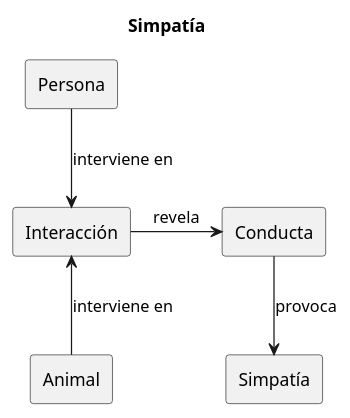
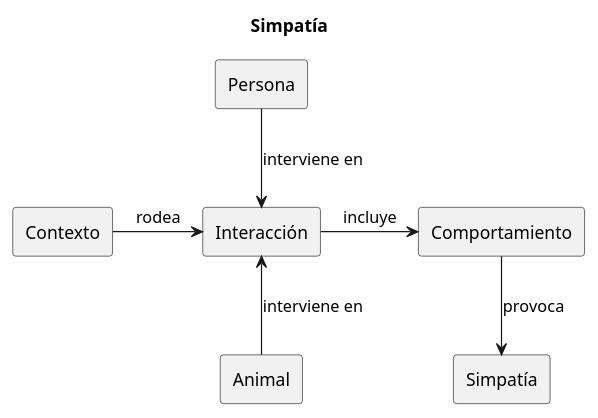
One commit to miguelgomz/26-27-idsw1 changed the diagram in entregas/gomezMiguel/docs/modeloUML/simpatia.puml. Above: the diagram before and after it, drawn with PlantUML. The commit also changed 2 other files, not shown here.

Commit message:
modificaion uml

```diff
--- a/entregas/gomezMiguel/docs/modeloUML/simpatia.puml
+++ b/entregas/gomezMiguel/docs/modeloUML/simpatia.puml
@@ -1,14 +1,16 @@
 @startuml
 title Simpatía
 
 rectangle Persona
 rectangle Animal
 rectangle Interacción
-rectangle Conducta
+rectangle Comportamiento
 rectangle Simpatía
+rectangle Contexto
 
 Persona -down-> Interacción : interviene en
 Animal -up-> Interacción : interviene en
-Interacción -right-> Conducta : revela
-Conducta -down-> Simpatía : provoca
+Contexto -right-> Interacción : rodea
+Interacción -right-> Comportamiento : incluye
+Comportamiento -down-> Simpatía : provoca
 @enduml
```
